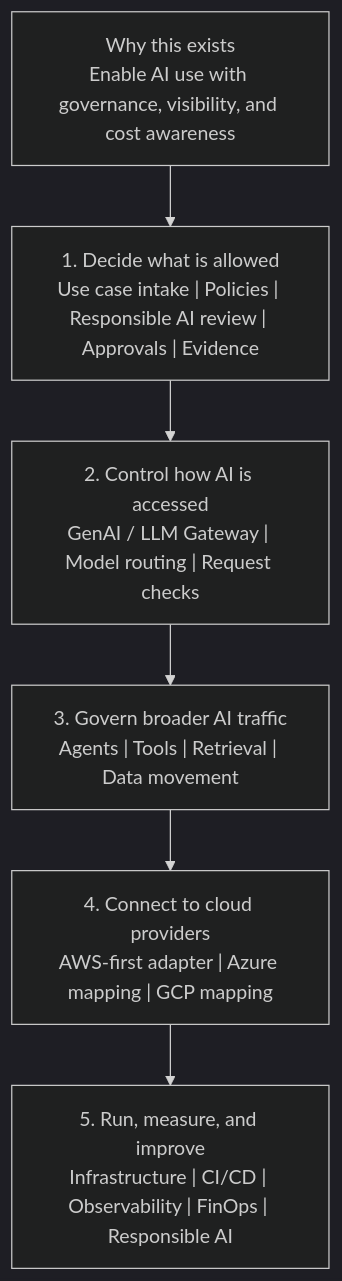
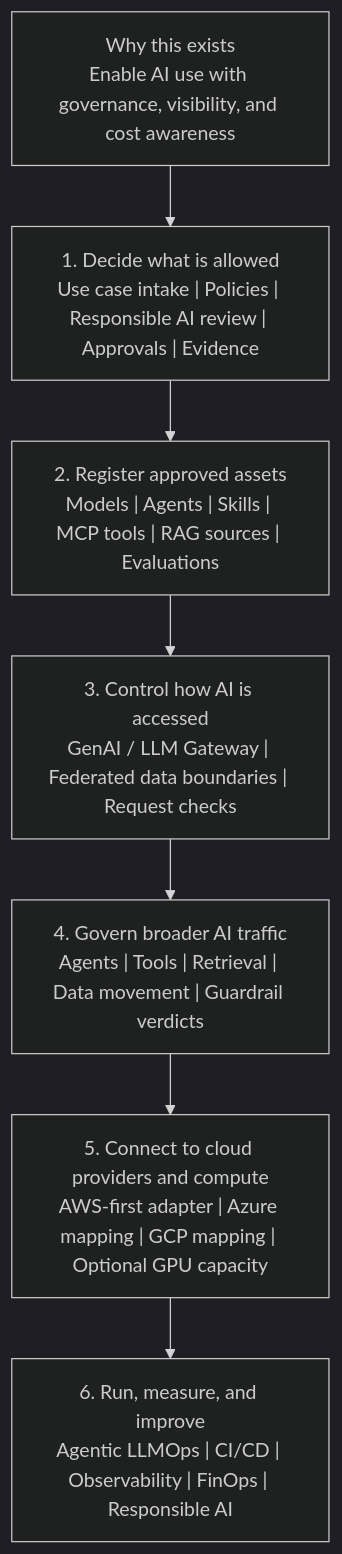
The first of 4 diagrams in docs/architecture.md (afaryy/cloudai-platform), drawn with Mermaid (dark theme) before and after one commit. The commit also changed other lines of this file and 2 other files, not shown here.

Commit message:
docs(architecture): add governed AI factory model

````diff
--- a/docs/architecture.md
+++ b/docs/architecture.md
@@ -17,20 +19,23 @@
 ```mermaid
 flowchart TB
   purpose["Why this exists<br/>Enable AI use with governance, visibility, and cost awareness"]
 
   decide["1. Decide what is allowed<br/>Use case intake | Policies | Responsible AI review | Approvals | Evidence"]
 
-  access["2. Control how AI is accessed<br/>GenAI / LLM Gateway | Model routing | Request checks"]
+  assets["2. Register approved assets<br/>Models | Agents | Skills | MCP tools | RAG sources | Evaluations"]
 
-  govern["3. Govern broader AI traffic<br/>Agents | Tools | Retrieval | Data movement"]
+  access["3. Control how AI is accessed<br/>GenAI / LLM Gateway | Federated data boundaries | Request checks"]
 
-  connect["4. Connect to cloud providers<br/>AWS-first adapter | Azure mapping | GCP mapping"]
+  govern["4. Govern broader AI traffic<br/>Agents | Tools | Retrieval | Data movement | Guardrail verdicts"]
 
-  operate["5. Run, measure, and improve<br/>Infrastructure | CI/CD | Observability | FinOps | Responsible AI"]
+  connect["5. Connect to cloud providers and compute<br/>AWS-first adapter | Azure mapping | GCP mapping | Optional GPU capacity"]
+
+  operate["6. Run, measure, and improve<br/>Agentic LLMOps | CI/CD | Observability | FinOps | Responsible AI"]
 
   purpose --> decide
-  decide --> access
+  decide --> assets
+  assets --> access
   access --> govern
   govern --> connect
   connect --> operate
 ```
````
